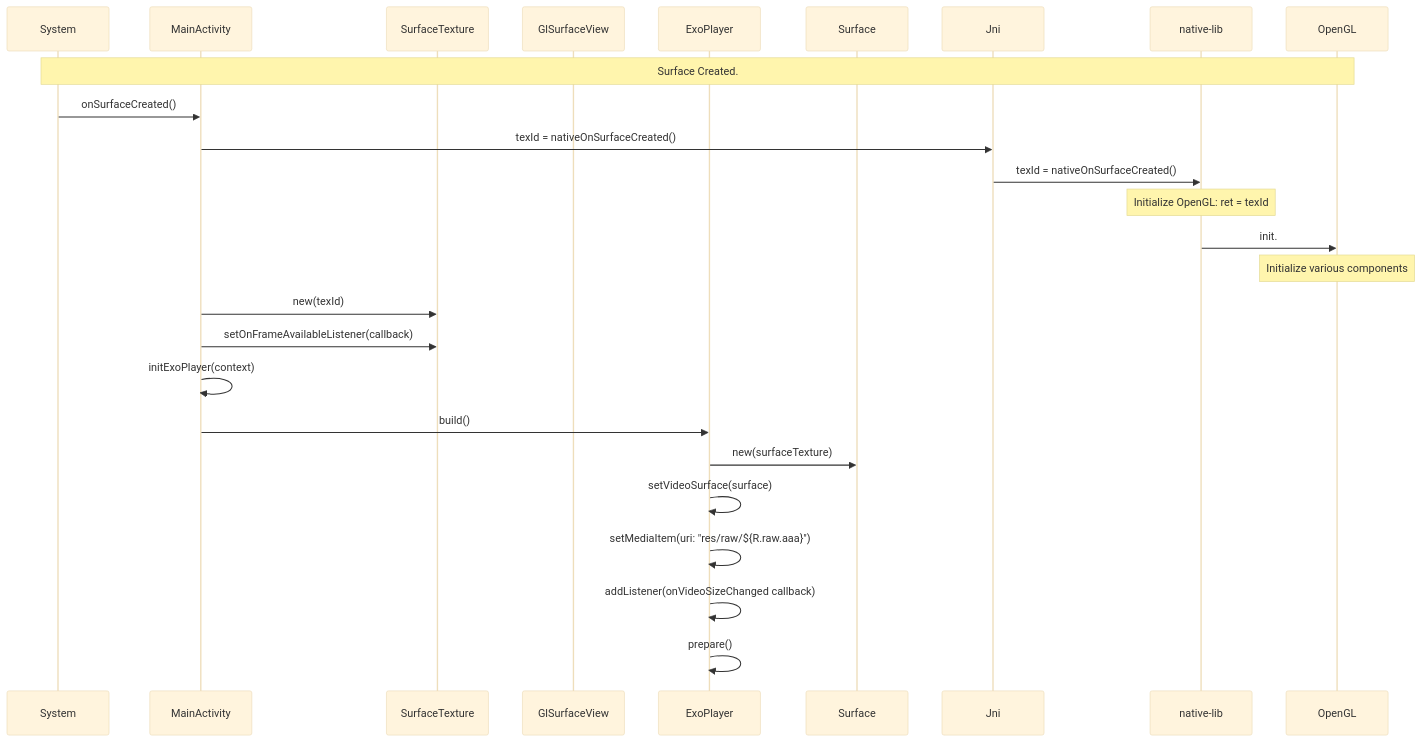
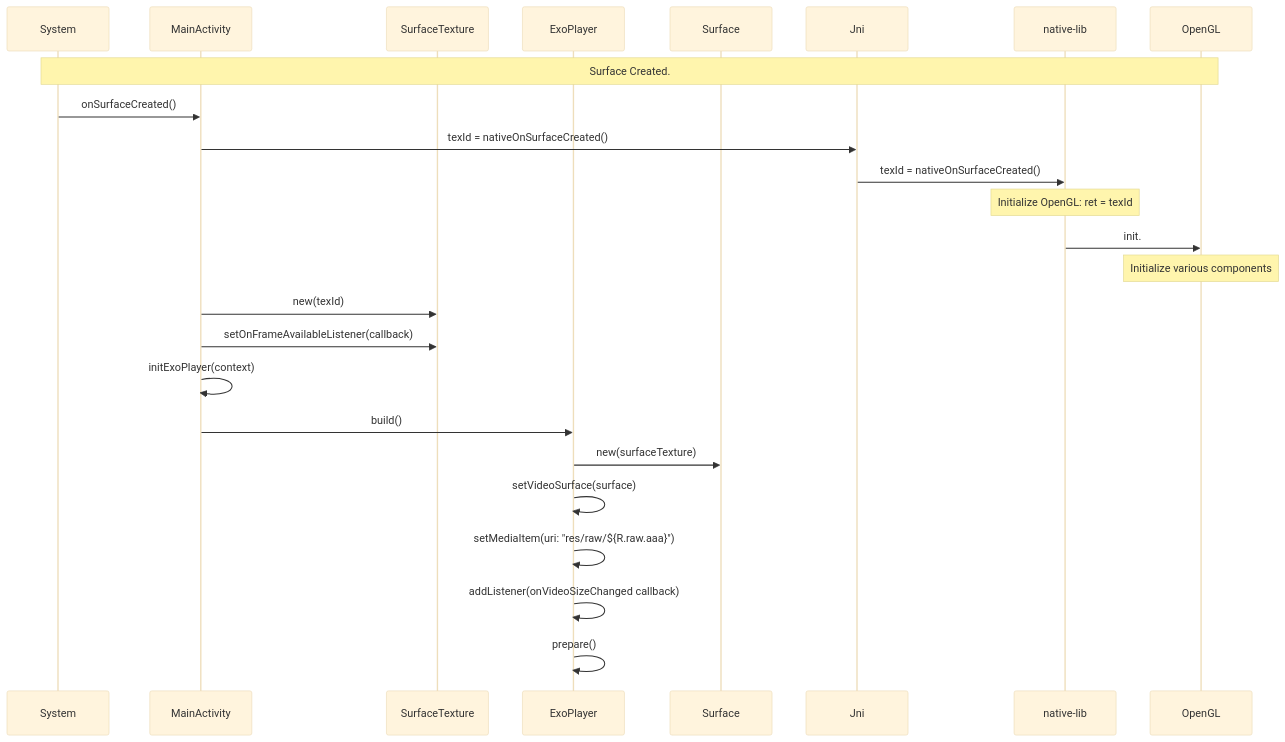
Before and after one commit to aaaa1597/AndKot-VideoPlaybackPlanePolySampleG: the fourth of 6 diagrams in README.md, drawn with Mermaid (base theme).

````diff
--- a/README.md
+++ b/README.md
@@ -48,29 +48,28 @@
 ```mermaid
 sequenceDiagram
     participant System
     participant MainActivity
     participant SurfaceTexture
-    participant GlSurfaceView
     participant ExoPlayer
     participant Surface
     participant Jni
     participant native-lib
     participant OpenGL
     %% ------------------------
     Note over System, OpenGL: Surface Created.
     System->>MainActivity: onSurfaceCreated()
     MainActivity->>Jni: texId = nativeOnSurfaceCreated()
     Jni->>native-lib: texId = nativeOnSurfaceCreated()
     Note over native-lib: Initialize OpenGL: ret = texId
     native-lib->>OpenGL: init.
     Note over OpenGL: Initialize various components
     MainActivity->>SurfaceTexture: new(texId)
     MainActivity->>SurfaceTexture: setOnFrameAvailableListener(callback)
     MainActivity->>MainActivity: initExoPlayer(context)
     MainActivity->>ExoPlayer: build()
       ExoPlayer->>Surface: new(surfaceTexture)
       ExoPlayer->>ExoPlayer: setVideoSurface(surface)
       ExoPlayer->>ExoPlayer: setMediaItem(uri: "res/raw/${R.raw.aaa}")
       ExoPlayer->>ExoPlayer: addListener(onVideoSizeChanged callback)
       ExoPlayer->>ExoPlayer: prepare()
 ```
````
